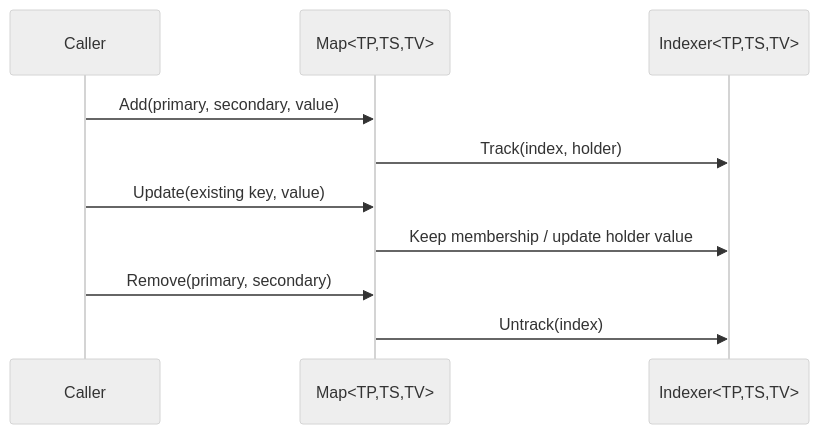
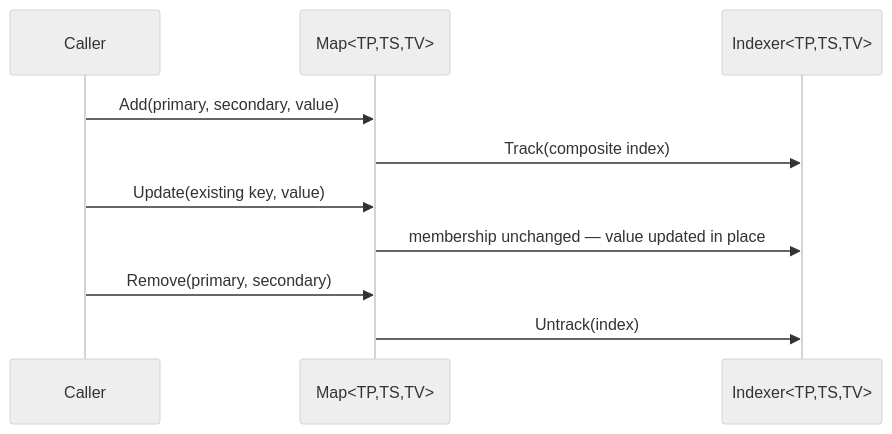
The diagram in Assets/Packages/com.scaffold.maps/README.md (MgCohen/Scaffold), drawn with Mermaid (neutral theme) before and after one commit. The commit also changed other lines of this file and 25 other files, not shown here.

````diff
--- a/Assets/Packages/com.scaffold.maps/README.md
+++ b/Assets/Packages/com.scaffold.maps/README.md
@@ -48,13 +55,13 @@
 ```mermaid
 sequenceDiagram
   participant Caller as Caller
   participant Map as Map<TP,TS,TV>
   participant Idx as Indexer<TP,TS,TV>
 
   Caller->>Map: Add(primary, secondary, value)
-  Map->>Idx: Track(index, holder)
+  Map->>Idx: Track(composite index)
   Caller->>Map: Update(existing key, value)
-  Map->>Idx: Keep membership / update holder value
+  Map->>Idx: membership unchanged — value updated in place
   Caller->>Map: Remove(primary, secondary)
   Map->>Idx: Untrack(index)
 ```
````
